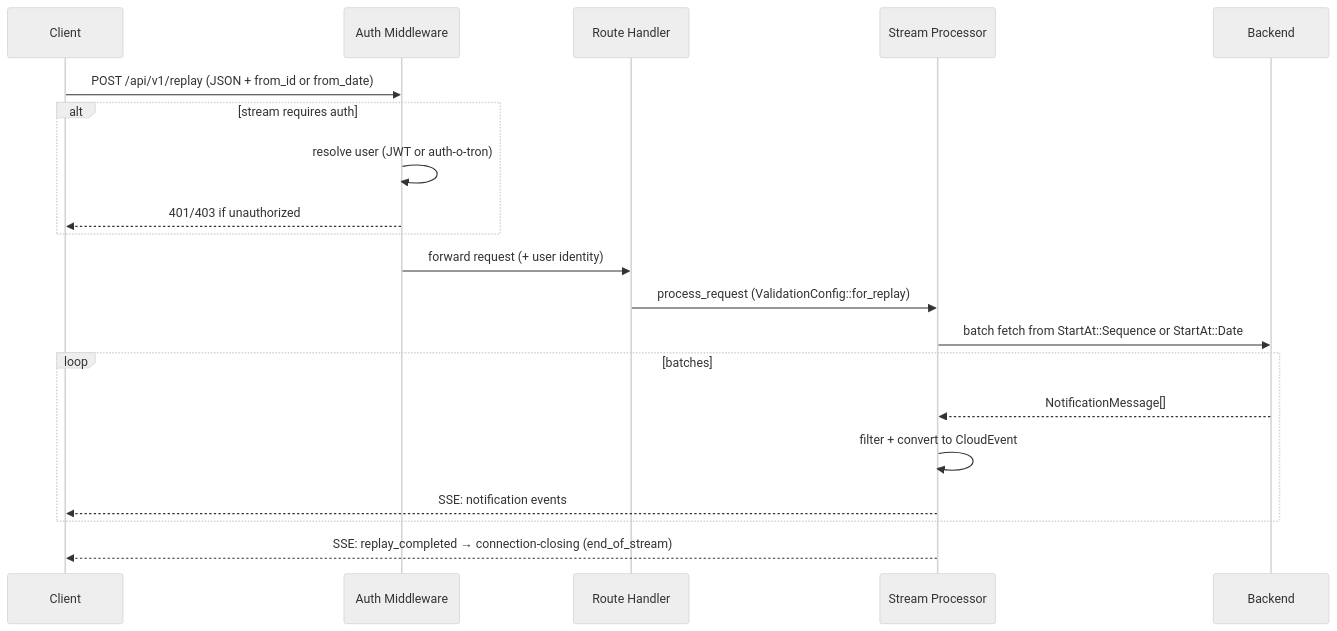
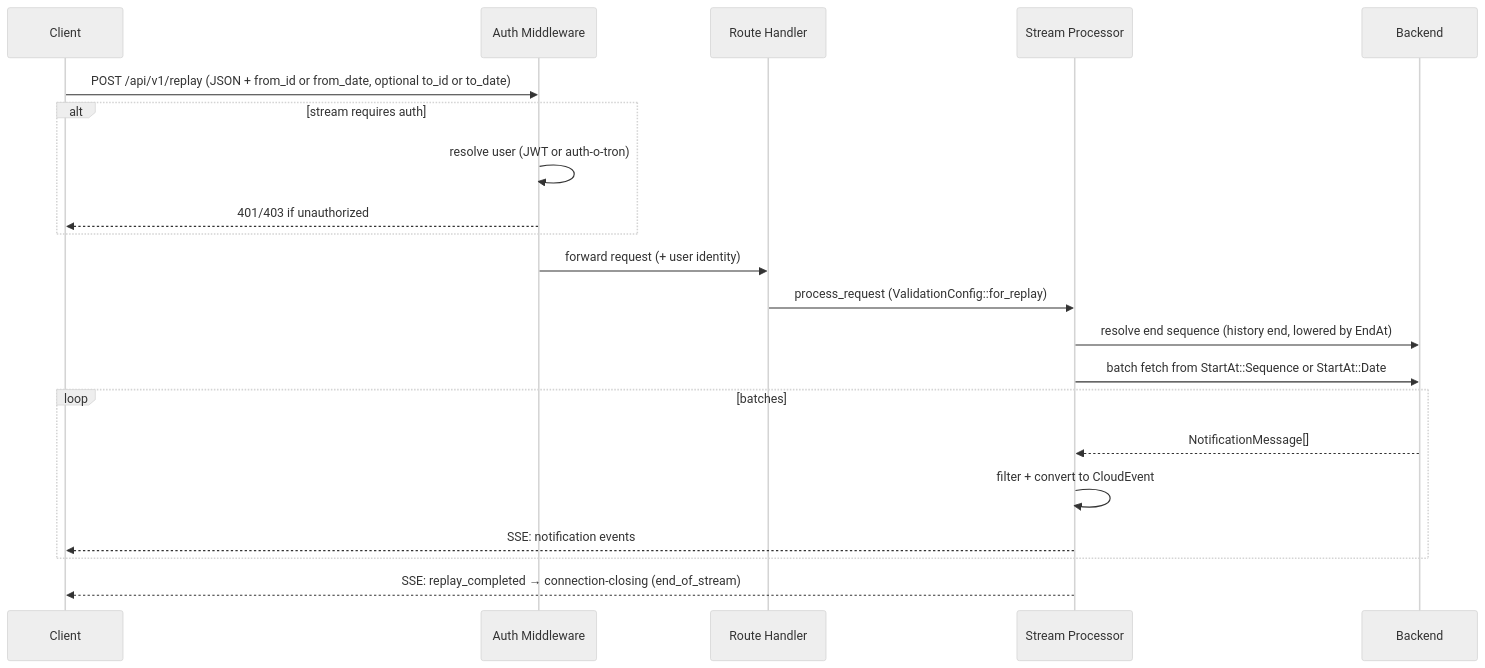
Before and after one commit to ecmwf/aviso-server: the fourth of 5 diagrams in docs/src/architecture.md, drawn with Mermaid (neutral theme). The commit also changed other lines of this file and 9 other files, not shown here.

````diff
--- a/docs/src/architecture.md
+++ b/docs/src/architecture.md
@@ -152,23 +152,24 @@
 ```mermaid
 sequenceDiagram
     participant C as Client
     participant A as Auth Middleware
     participant R as Route Handler
     participant P as Stream Processor
     participant B as Backend
 
-    C->>A: POST /api/v1/replay (JSON + from_id or from_date)
+    C->>A: POST /api/v1/replay (JSON + from_id or from_date, optional to_id or to_date)
     alt stream requires auth
         A->>A: resolve user (JWT or auth-o-tron)
         A-->>C: 401/403 if unauthorized
     end
     A->>R: forward request (+ user identity)
     R->>P: process_request (ValidationConfig::for_replay)
+    P->>B: resolve end sequence (history end, lowered by EndAt)
     P->>B: batch fetch from StartAt::Sequence or StartAt::Date
     loop batches
         B-->>P: NotificationMessage[]
         P->>P: filter + convert to CloudEvent
         P-->>C: SSE: notification events
     end
     P-->>C: SSE: replay_completed → connection-closing (end_of_stream)
 ```
````
